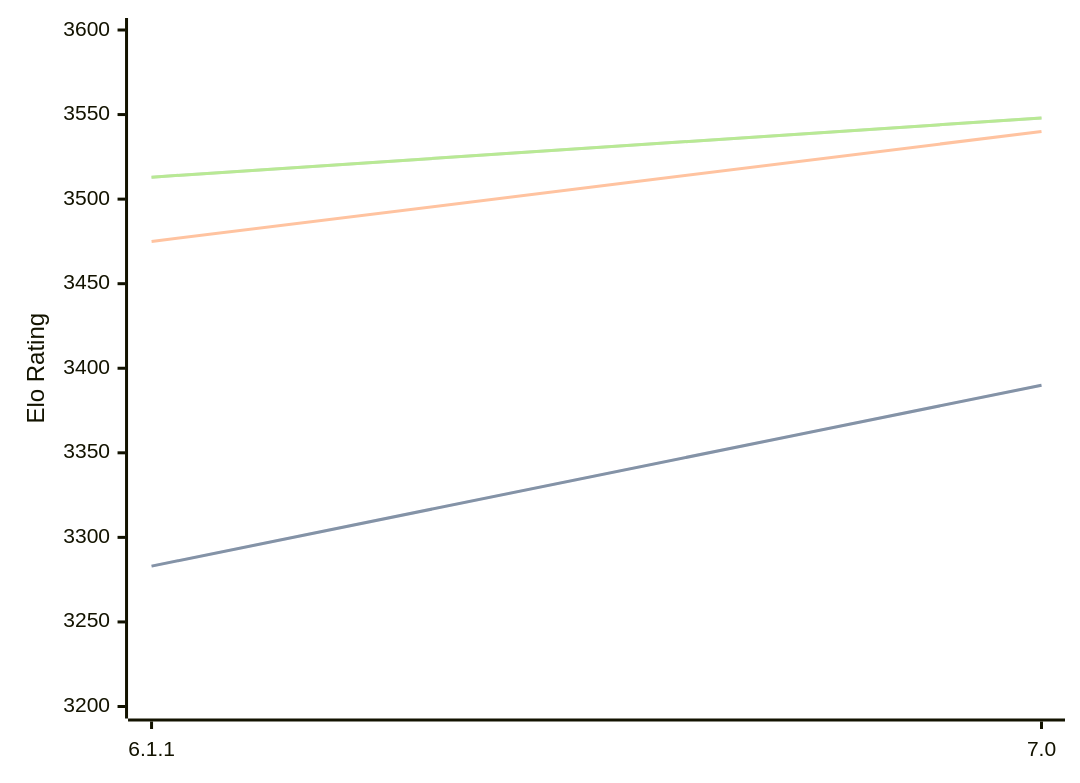
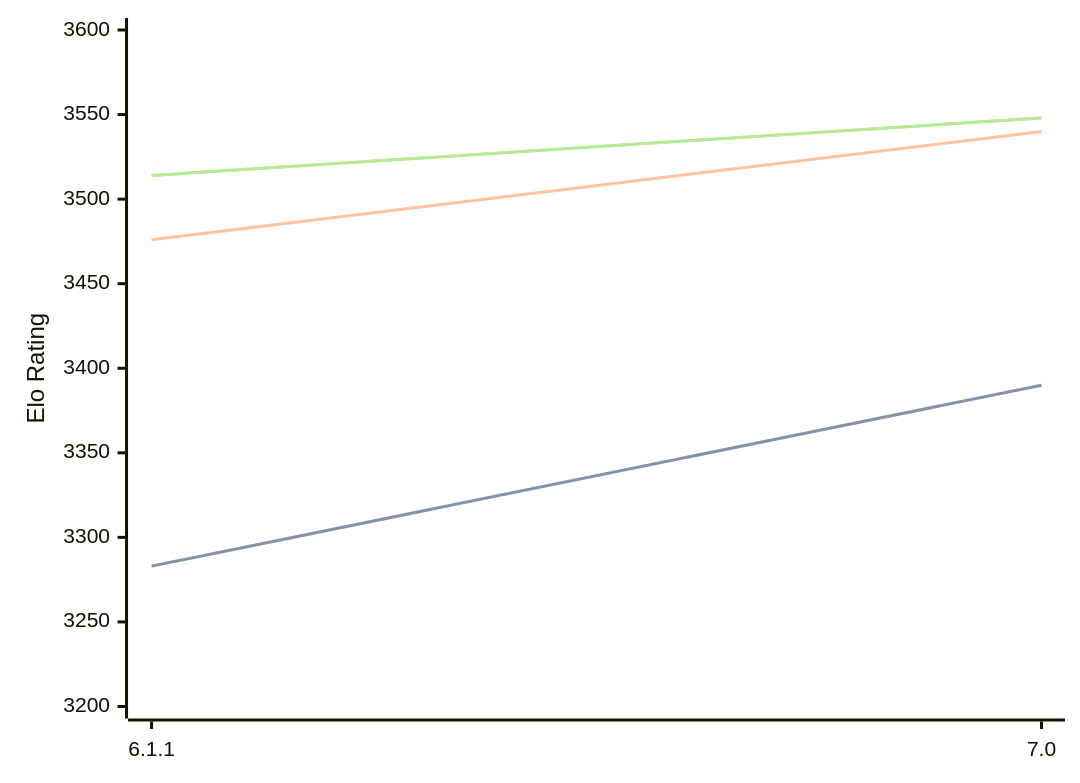
Before and after one commit to computer-chess-index/cci: the diagram in engines/Astra.md, drawn with Mermaid. The commit also changed other lines of this file, not shown here.

Commit message:
Update CCI Ratings (ELO VLTC) - 2026-08-31

````diff
--- a/engines/Astra.md
+++ b/engines/Astra.md
@@ -32,11 +32,11 @@
 ```mermaid
 %%{init: {"theme":"base","themeVariables":{"seriesColors:['#a3a3a3','#222221','#faa371']}}}%%
 xychart-beta
   x-axis ["6.1.1", "7.0"]
   y-axis "Elo Rating" 3200 --> 3600
   line "" [3283, 3390]
   line "STC (8.0+0.08s)" [3283, 3390]
-  line "LTC (60.0+0.60s)" [3475, 3540]
-  line "" [3513, 3548]
-  line "VLTC (2m24s+1.12s)" [3513, 3548]
+  line "LTC (60.0+0.60s)" [3476, 3540]
+  line "" [3514, 3548]
+  line "VLTC (2m24s+1.12s)" [3514, 3548]
 ```
````
